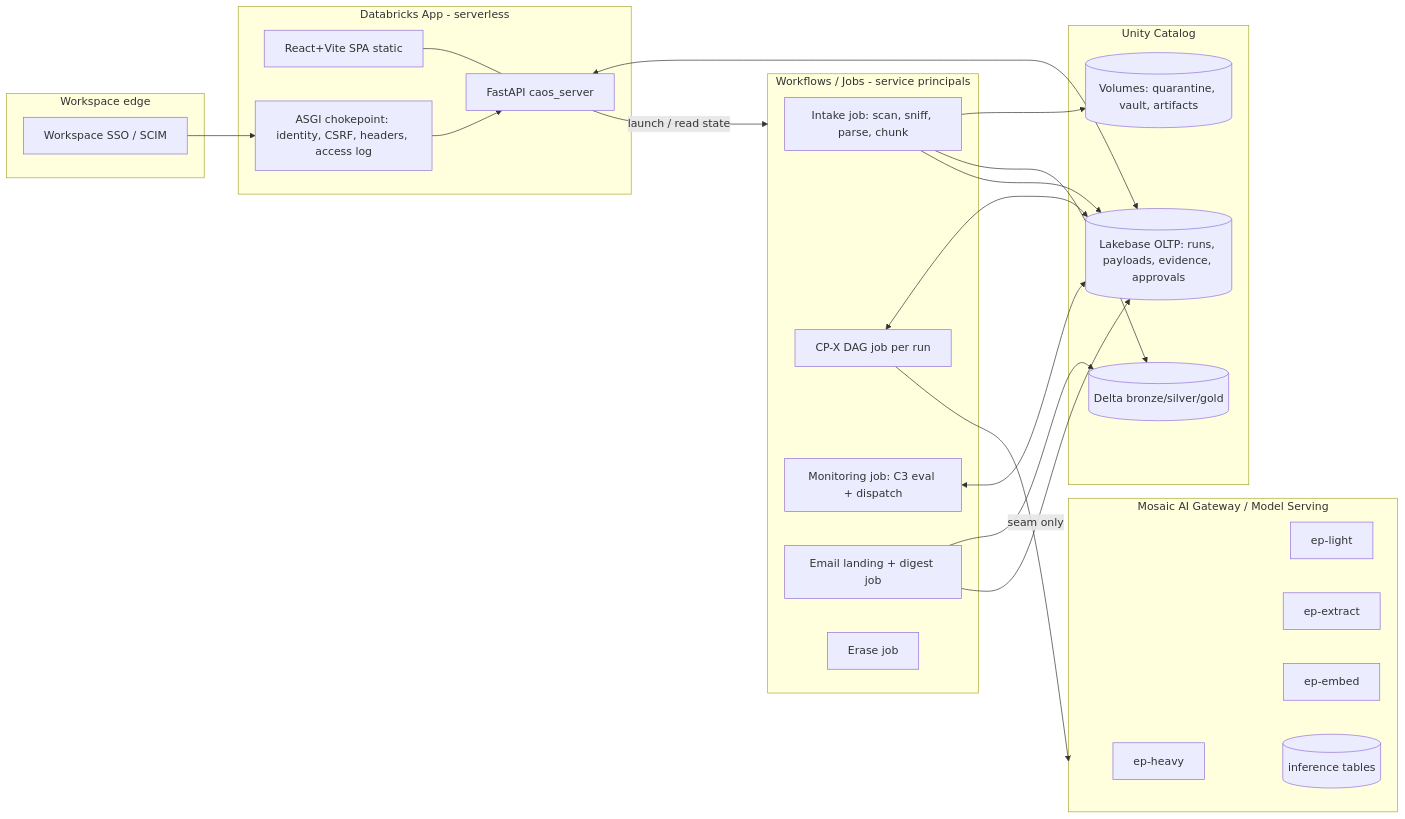
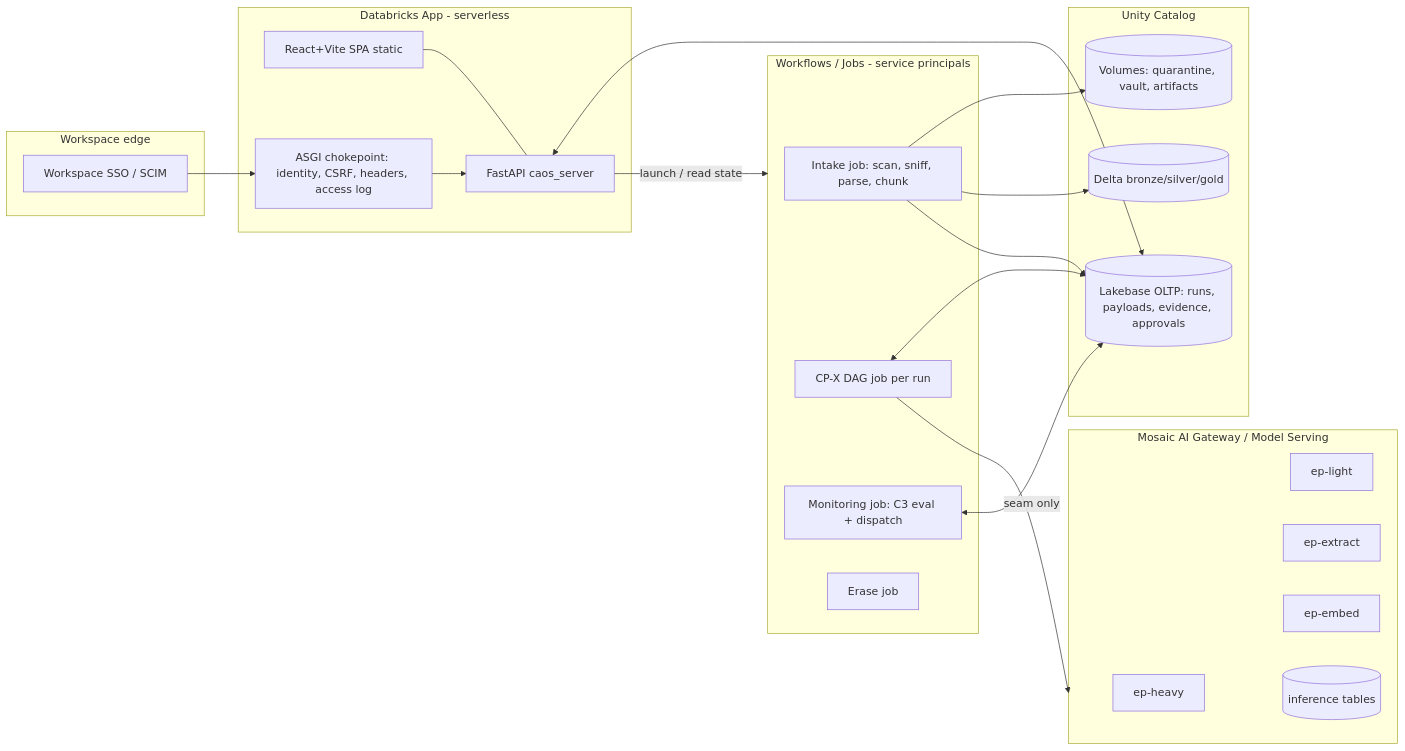
Before and after one commit to EricMG13/Credit-Operating-System: the first of 2 diagrams in architecture/ARCHITECTURE.md, drawn with Mermaid. The commit also changed other lines of this file and 7 other files, not shown here.

````diff
--- a/architecture/ARCHITECTURE.md
+++ b/architecture/ARCHITECTURE.md
@@ -107,37 +146,35 @@
 ```mermaid
 flowchart LR
   subgraph EDGE[Workspace edge]
     SSO[Workspace SSO / SCIM]
   end
   subgraph APP[Databricks App - serverless]
     FE[React+Vite SPA static]
     API[FastAPI caos_server]
     CHK[ASGI chokepoint: identity, CSRF, headers, access log]
   end
   subgraph JOBS[Workflows / Jobs - service principals]
     INTAKE[Intake job: scan, sniff, parse, chunk]
     CPX[CP-X DAG job per run]
     MON[Monitoring job: C3 eval + dispatch]
-    MAIL[Email landing + digest job]
     ERASE[Erase job]
   end
   subgraph GW[Mosaic AI Gateway / Model Serving]
     EP1[ep-heavy] & EP2[ep-light] & EP3[ep-extract] & EPE[ep-embed]
     IT[(inference tables)]
   end
   subgraph DATA[Unity Catalog]
     LB[(Lakebase OLTP: runs, payloads, evidence, approvals)]
     VOL[(Volumes: quarantine, vault, artifacts)]
     DL[(Delta bronze/silver/gold)]
   end
   SSO --> CHK --> API
   FE --- API
   API <--> LB
   API -->|launch / read state| JOBS
   INTAKE --> VOL & DL & LB
   CPX <--> LB
   CPX -->|seam only| GW
-  MAIL --> DL & LB
   MON <--> LB
   GW --> IT
 ```
````
